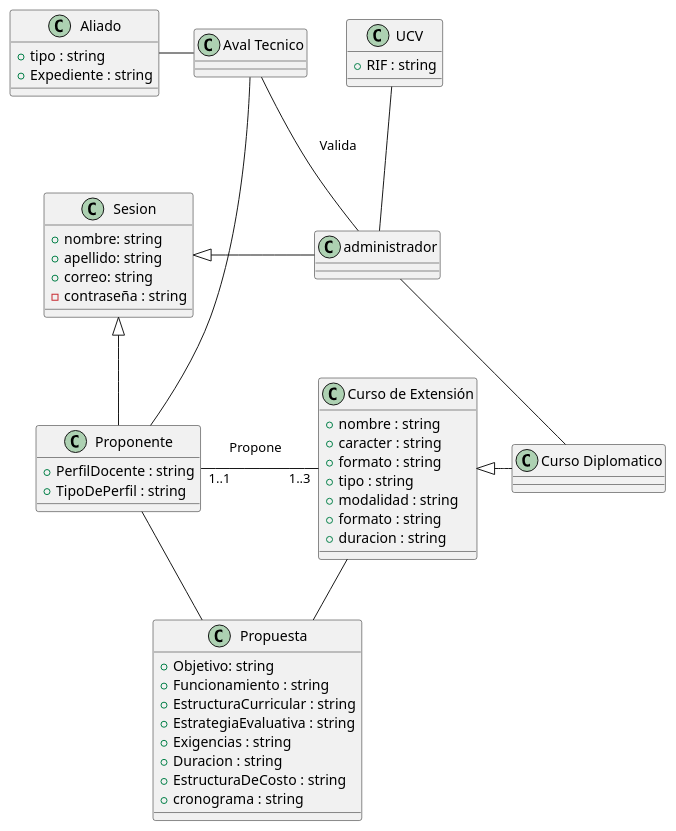
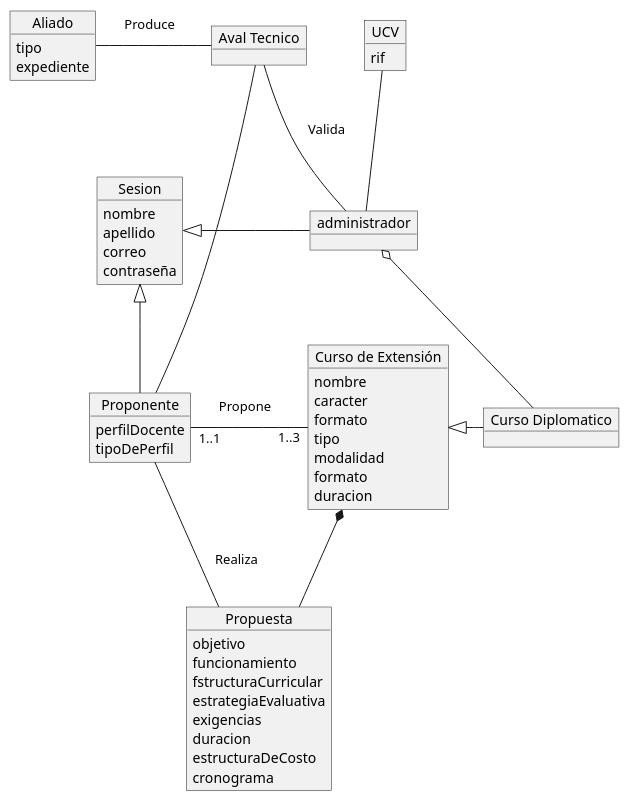
Before and after one commit to edwynG/Proyecto-ingenieria-del-software: the diagram in docs/scenariosView/ClassDiagrams.plantuml, drawn with PlantUML. The commit also changed 3 other files, not shown here.

```diff
--- a/docs/scenariosView/ClassDiagrams.plantuml
+++ b/docs/scenariosView/ClassDiagrams.plantuml
@@ -1,73 +1,75 @@
 @startuml ModeloDeDominio
 skinparam NoteBackgroundColor transparent
 skinparam NoteBorderColor transparent
-class Sesion{
-    +nombre: string
-    +apellido: string
-    +correo: string
-    -contraseña : string
+object Sesion{
+    nombre
+    apellido
+    correo
+    contraseña 
 }
 
-class Proponente{
-    +PerfilDocente : string
-    +TipoDePerfil : string
+object Proponente{
+    perfilDocente
+    tipoDePerfil 
 
 }
 
-class Propuesta{
-    +Objetivo: string
-    +Funcionamiento : string
-    +EstructuraCurricular : string
-    +EstrategiaEvaluativa : string
-    +Exigencias : string
-    +Duracion : string
-    +EstructuraDeCosto : string
-    +cronograma : string
+object Propuesta{
+    objetivo
+    funcionamiento
+    fstructuraCurricular
+    estrategiaEvaluativa
+    exigencias
+    duracion 
+    estructuraDeCosto 
+    cronograma 
 }
 
-class Aliado{
-    +tipo : string
-    +Expediente : string
+object Aliado{
+    tipo
+    expediente
 }
 
-class "Aval Tecnico" as AT{
+object "Aval Tecnico" as AT{
 
 }
-class administrador {
+object administrador {
 
 }
 
-class UCV{
-    +RIF : string
+object UCV{
+    rif
 }
 
-class "Curso de Extensión" as CE{
-    +nombre : string
-    +caracter : string
-    +formato : string
-    +tipo : string
-    +modalidad : string
-    +formato : string
-    +duracion : string
+object "Curso de Extensión" as CE{
+    nombre
+    caracter
+    formato
+    tipo
+    modalidad
+    formato
+    duracion
 
 }
 
-class "Curso Diplomatico" as CD {
+object "Curso Diplomatico" as CD {
 
 }
 
 Sesion  <|--right administrador
 UCV -- administrador
 Proponente -- Propuesta
-CE -- Propuesta
+note on link : Realiza
+CE *-- Propuesta
 Sesion <|--down Proponente 
 Proponente --up AT
 Aliado --right AT
+note on link: Produce 
 Proponente "1..1"-right---"1..3" CE
 note on link : Propone
 CE <|--right CD
-administrador -- CD
+administrador o-- CD
 AT -- administrador
 note on link : Valida
 
 @enduml
```
